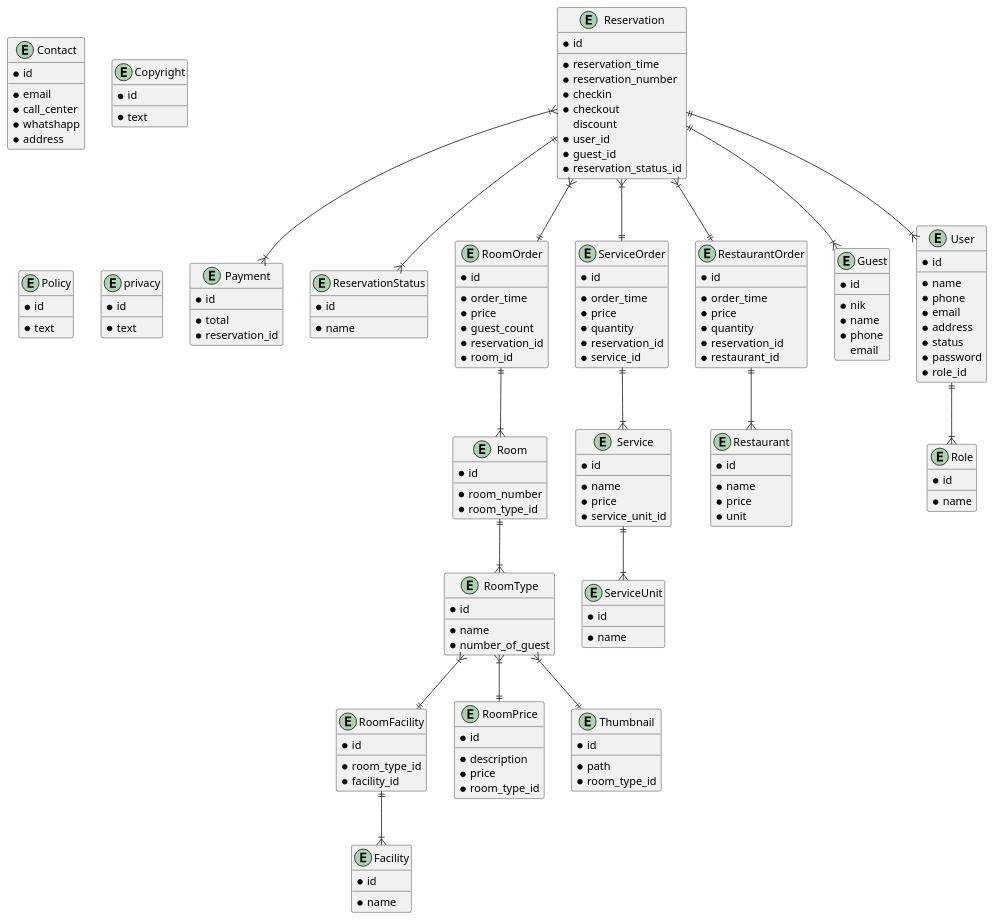
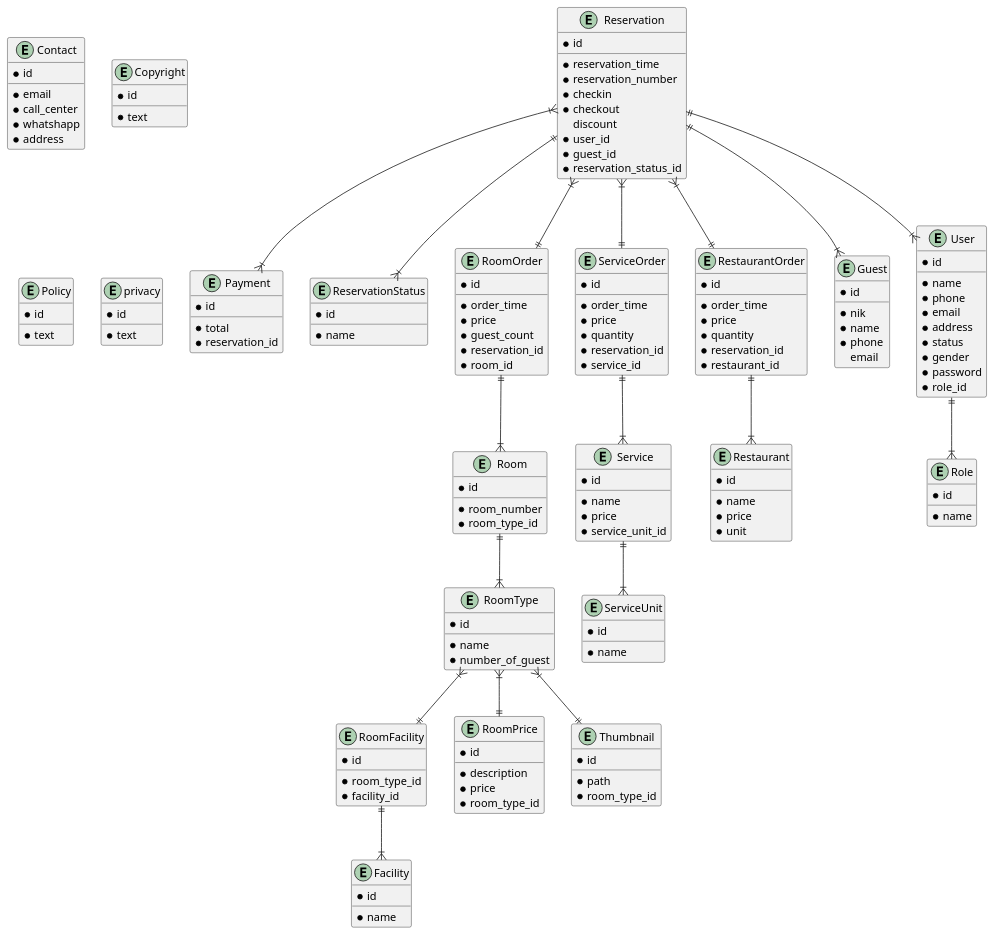
Before and after one commit to MuhammadIqbalAfandi/semuwainn: the diagram in designs/diagrams/database.puml, drawn with PlantUML. The commit also changed 30 other files, not shown here.

```diff
--- a/designs/diagrams/database.puml
+++ b/designs/diagrams/database.puml
@@ -1,194 +1,195 @@
 @startuml SemuwainnDatabase
   entity Reservation {
     * id
     __
     * reservation_time
     * reservation_number
     * checkin
     * checkout
     discount
     * user_id
     * guest_id
     * reservation_status_id
   }
 
   entity Payment {
     * id
     __
     * total
     * reservation_id
   }
 
   entity ReservationStatus {
     * id
     __
     * name
   }
 
   entity RoomOrder {
     * id
     __
     * order_time
     * price
     * guest_count
     * reservation_id
     * room_id
   }
 
   entity ServiceOrder {
     * id
     __
     * order_time
     * price
     * quantity
     * reservation_id
     * service_id
   }
 
   entity Service {
     * id
     __
     * name
     * price
     * service_unit_id
   }
 
   entity ServiceUnit {
     * id
     __
     * name
   }
 
     entity RestaurantOrder {
     * id
     __
     * order_time
     * price
     * quantity
     * reservation_id
     * restaurant_id
   }
 
   entity Restaurant {
     * id
     __
     * name
     * price
     * unit
   }
 
   entity Guest {
     * id
     __
     * nik
     * name
     * phone
     email
   }
 
   entity User {
     * id
     __
     * name
     * phone
     * email
     * address
     * status
+    * gender
     * password
     * role_id
   }
 
   entity Role {
     * id
     __
     * name
   }
 
   entity RoomFacility {
     * id
     __
     * room_type_id
     * facility_id
   }
 
   entity Room {
     * id
     __
     * room_number
     * room_type_id
   }
 
   entity RoomType {
     * id
     __
     * name
     * number_of_guest
   }
 
   entity RoomPrice {
     * id
     __
     * description
     * price
     * room_type_id
   }
 
   entity Facility {
     * id
     __
     * name
   }
 
   entity Thumbnail {
     * id
     __
     * path
     * room_type_id
   }
 
   entity Contact {
     * id
     __
     * email
     * call_center
     * whatshapp
     * address
   }
 
   entity Copyright {
     * id
     __
     * text
   }
 
   entity Policy {
     * id
     __
     * text
   }
 
   entity privacy {
     * id
     __
     * text
   }
 
   Reservation ||--|{ ReservationStatus
   Reservation }|--|| RestaurantOrder
   Reservation }|--|| ServiceOrder
   Reservation ||--|{ User
   Reservation ||--|{ Guest
   Reservation }|--|| RoomOrder
   Reservation }|--|{ Payment
   RoomOrder ||--|{ Room
   Room ||--|{ RoomType
   RoomType }|--|| RoomPrice
   RoomType }|--|| RoomFacility
   RoomType }|--|| Thumbnail
   RoomFacility ||--|{ Facility
   ServiceOrder ||--|{ Service
   Service ||--|{ ServiceUnit
   RestaurantOrder ||--|{ Restaurant
   User ||--|{ Role
 
 @enduml
```
